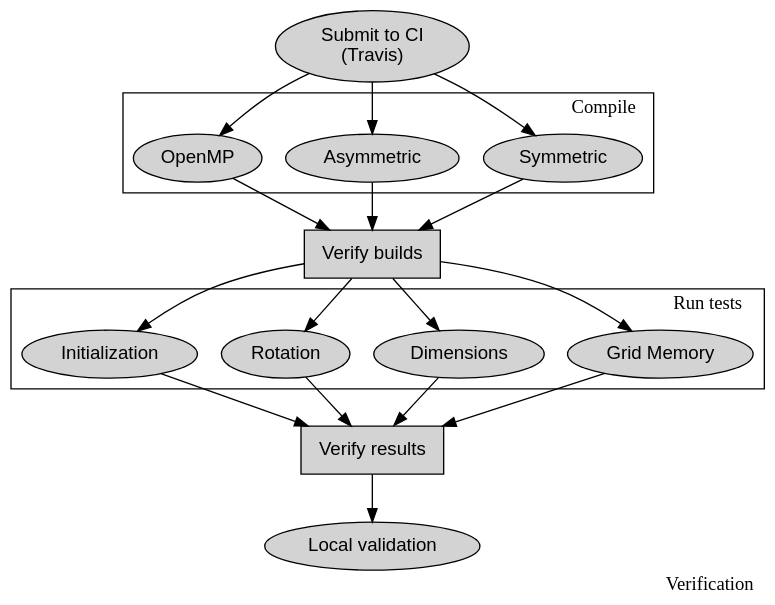
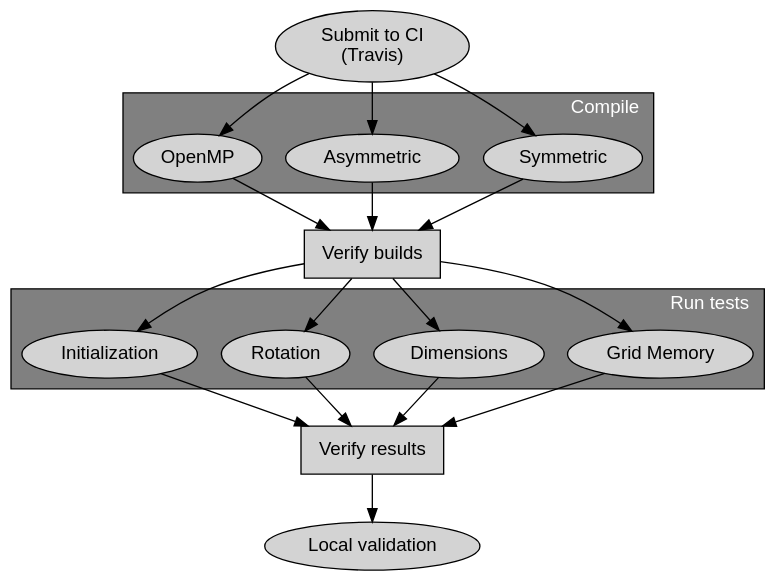
The diagram in dot/mom_verify.dot (marshallward/mom6vv), drawn with Graphviz before and after one commit. The commit also changed 6 other files, not shown here.

First line of the commit message:
Fixed precision figure

```diff
--- a/dot/mom_verify.dot
+++ b/dot/mom_verify.dot
@@ -1,47 +1,50 @@
 digraph testing {
-    label = "Verification"
+    fontname = helvetica
+    fontcolor = white
     labeljust = r
     node [
         style = filled,
         fontname = helvetica
     ]
 
     concentrate = true
     bgcolor = transparent
 
     submit [label = "Submit to CI\n(Travis)"]
 
     build1 [label="Symmetric"];
     build2 [label="Asymmetric"];
     build3 [label="OpenMP"];
 
     build_verify [label="Verify builds", shape=rectangle]
 
     test1 [label="Grid Memory"]
     test2 [label="Dimensions"]
     test3 [label="Rotation"]
     test4 [label="Initialization"]
 
     verify_results [label="Verify results", shape=rectangle]
 
     validate [label="Local validation"]
 
     submit -> {build1, build2, build3}
     {build1, build2, build3} -> build_verify
     build_verify -> {test1, test2, test3, test4}
     {test1, test2, test3, test4} -> verify_results
     verify_results -> validate
 
     subgraph cluster_build {
         style=filled
         label="Compile"
+        bgcolor = grey
         labeljust = r
         build1; build2; build3
     }
     subgraph cluster_test {
         style=filled
         label="Run tests"; 
+        bgcolor = grey
         labeljust = r
         test1; test2; test3; test4
     }
 }
```
